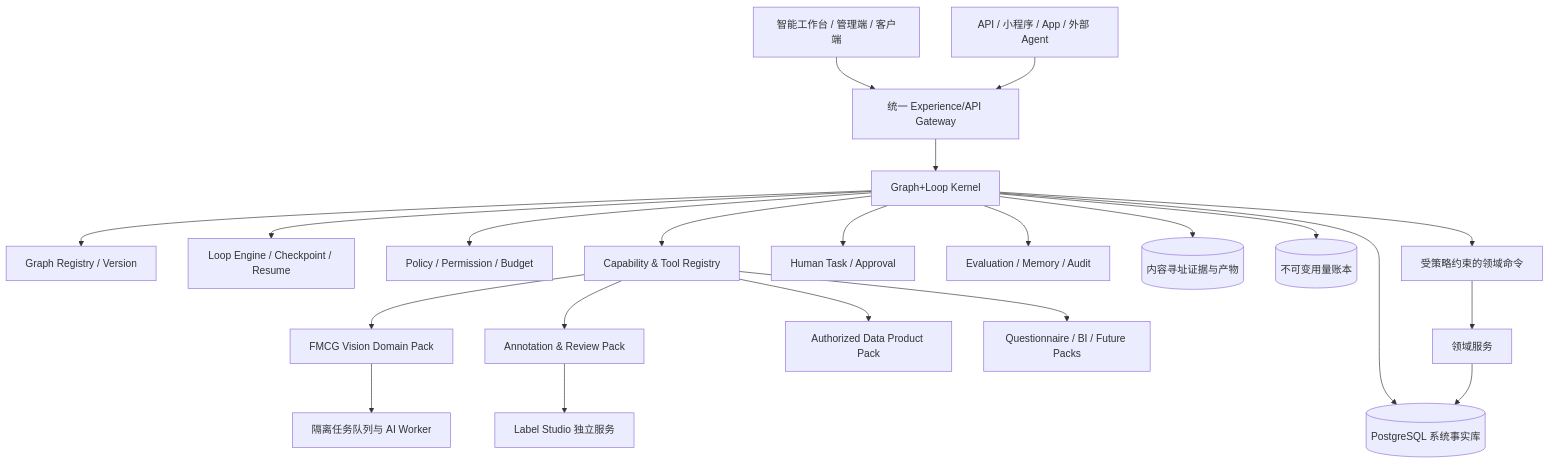
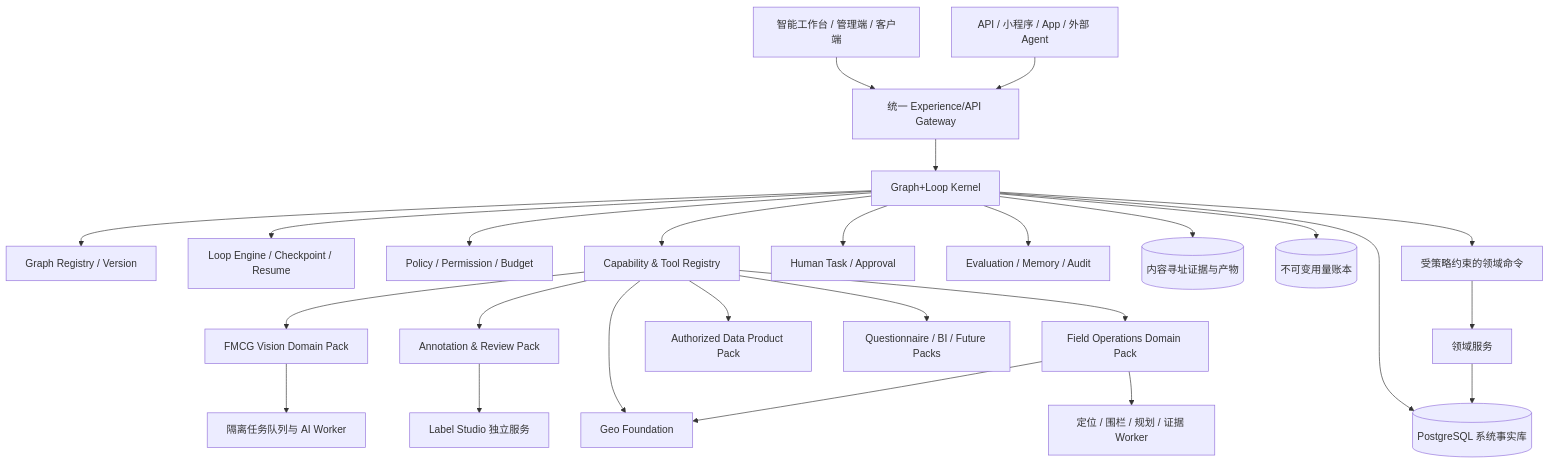
The diagram in docs/superpowers/specs/2026-08-04-fmcg-vision-saas-platform-design.md (Billjobszwq/QY_FMCG_image), drawn with Mermaid before and after one commit. The commit also changed other lines of this file and 1 other file, not shown here.

Commit message:
docs: add location and field operations domain design

```diff
--- a/docs/superpowers/specs/2026-08-04-fmcg-vision-saas-platform-design.md
+++ b/docs/superpowers/specs/2026-08-04-fmcg-vision-saas-platform-design.md
@@ -113,24 +116,28 @@
 ~~~mermaid
 flowchart TB
     U[智能工作台 / 管理端 / 客户端] --> G[统一 Experience/API Gateway]
     SDK[API / 小程序 / App / 外部 Agent] --> G
     G --> K[Graph+Loop Kernel]
     K --> GR[Graph Registry / Version]
     K --> LE[Loop Engine / Checkpoint / Resume]
     K --> PR[Policy / Permission / Budget]
     K --> CR[Capability & Tool Registry]
     K --> HM[Human Task / Approval]
     K --> EV[Evaluation / Memory / Audit]
     CR --> VIS[FMCG Vision Domain Pack]
     CR --> LAB[Annotation & Review Pack]
+    CR --> GEO[Geo Foundation]
+    CR --> FIELD[Field Operations Domain Pack]
     CR --> DATA[Authorized Data Product Pack]
     CR --> FUT[Questionnaire / BI / Future Packs]
     VIS --> Q[隔离任务队列与 AI Worker]
     LAB --> LS[Label Studio 独立服务]
+    FIELD --> FQ[定位 / 围栏 / 规划 / 证据 Worker]
+    FIELD --> GEO
     K --> PG[(PostgreSQL 系统事实库)]
     K --> CAS[(内容寻址证据与产物)]
     K --> LEDGER[(不可变用量账本)]
     K --> CMD[受策略约束的领域命令]
     CMD --> DOMAIN[领域服务]
     DOMAIN --> PG
 ~~~
```
